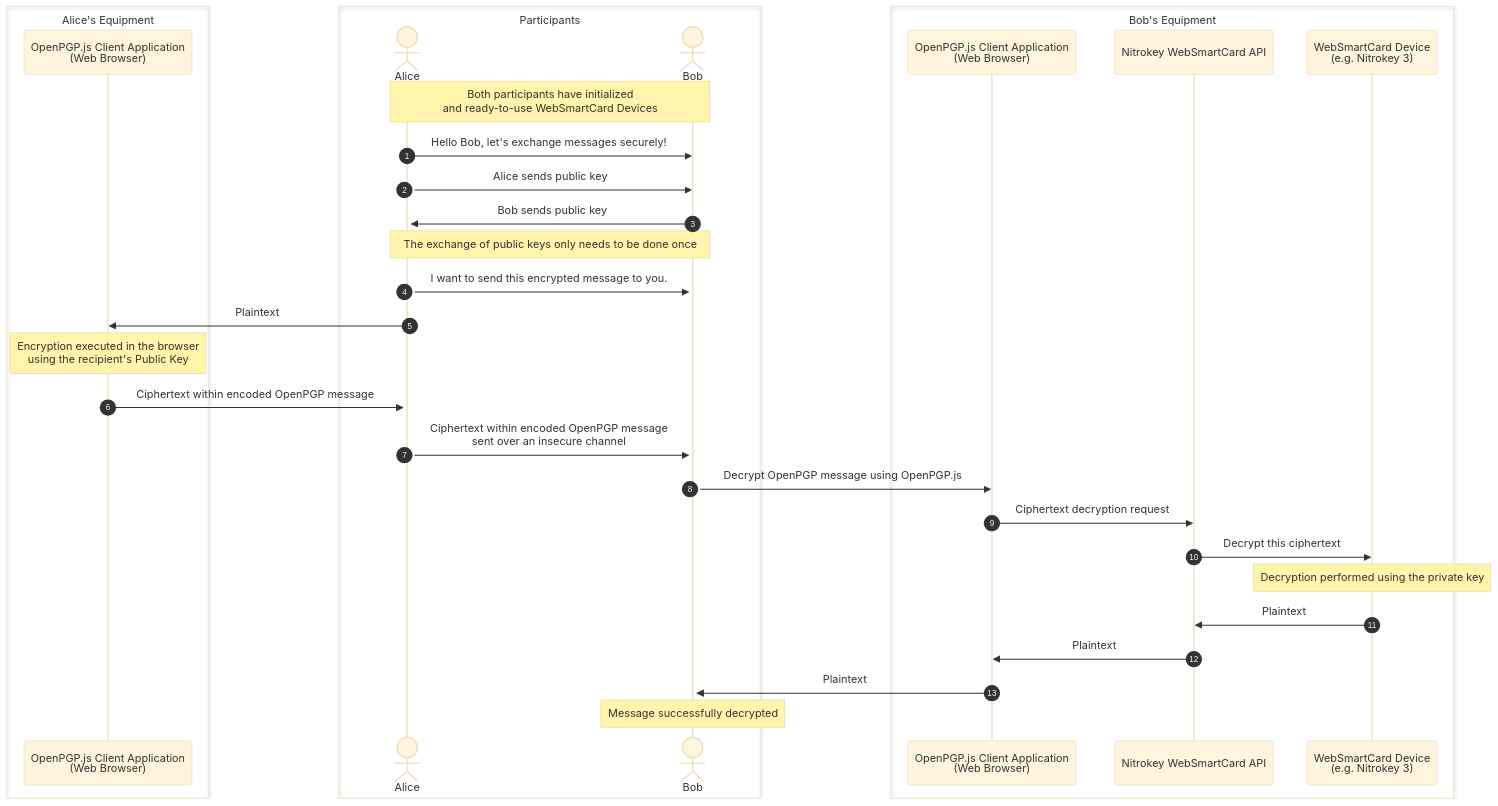
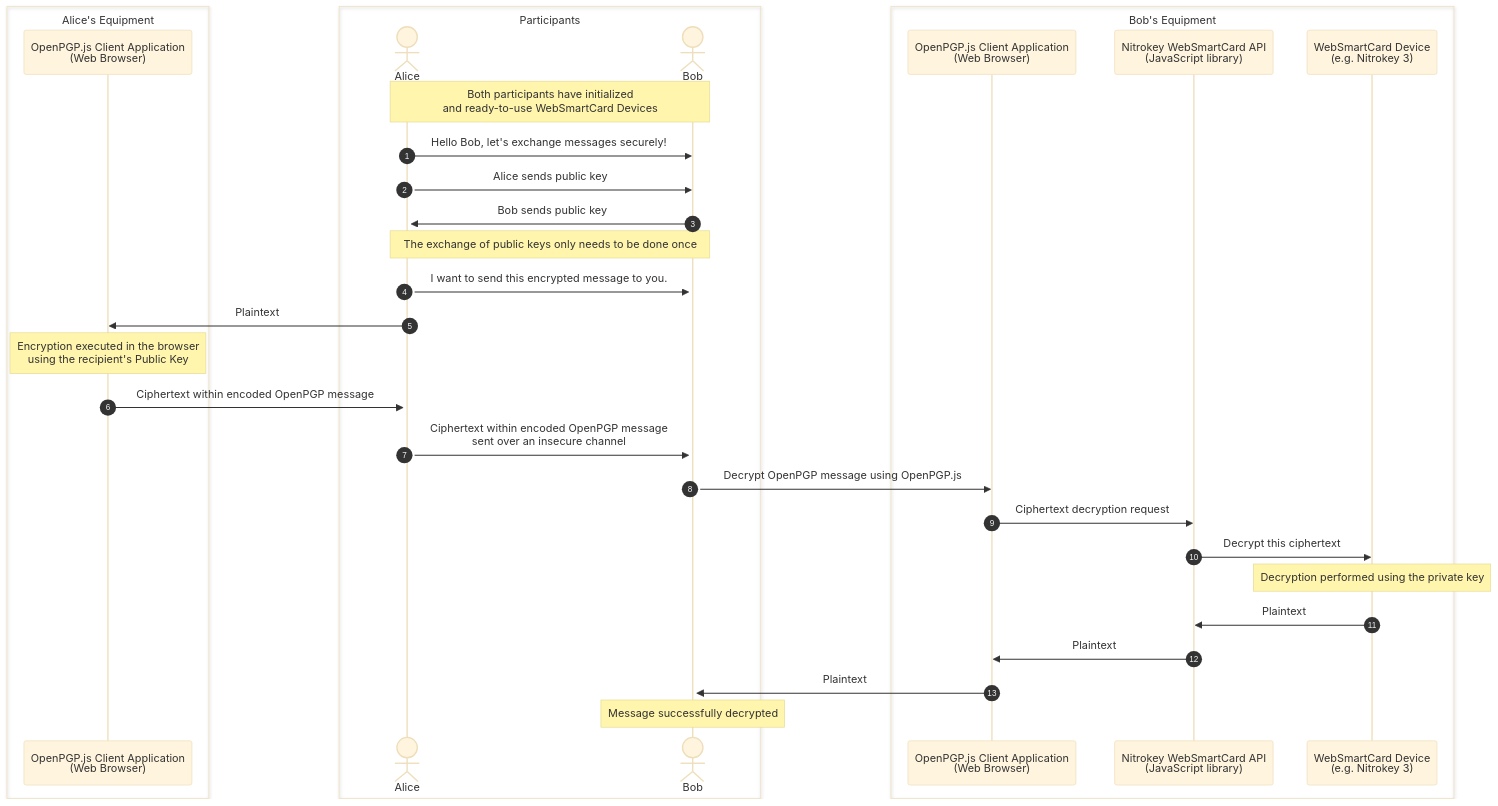
The second of 2 diagrams in README.md (Nitrokey/nitrokey-websmartcard), drawn with Mermaid (base theme) before and after one commit. The commit also changed other lines of this file, not shown here.

First line of the commit message:
Review: enclose in-browser actions in a separate box in the communication channel diagram

````diff
--- a/README.md
+++ b/README.md
@@ -132,43 +137,43 @@
 ```mermaid
 sequenceDiagram
     autonumber
     box Alice's Equipment
         participant ClientAppAlice as OpenPGP.js Client Application <br/> (Web Browser)
     end
     box Participants
         actor Alice
         actor Bob
     end
     box Bob's Equipment
        participant ClientApp as OpenPGP.js Client Application <br/> (Web Browser)
-       participant API as Nitrokey WebSmartCard API
+       participant API as Nitrokey WebSmartCard API <br/> (JavaScript library)
        participant Device as WebSmartCard Device <br/> (e.g. Nitrokey 3)
     end
 
     Note over Bob, Alice: Both participants have initialized <br /> and ready-to-use WebSmartCard Devices
 
     Alice->>Bob: Hello Bob, let's exchange messages securely!
     activate Alice
     Alice->>Bob: Alice sends public key
     Bob->>Alice: Bob sends public key
     activate Bob
 
     Note over Bob, Alice: The exchange of public keys only needs to be done once
 
 
     Alice->>Bob: I want to send this encrypted message to you.
     Alice->>ClientAppAlice: Plaintext
     Note over ClientAppAlice: Encryption executed in the browser <br /> using the recipient's Public Key
     ClientAppAlice->>Alice: Ciphertext within encoded OpenPGP message
     Alice->>Bob: Ciphertext within encoded OpenPGP message <br /> sent over an insecure channel
     Bob->>ClientApp: Decrypt OpenPGP message using OpenPGP.js
     ClientApp->>API: Ciphertext decryption request
     API->>Device: Decrypt this ciphertext
     Note over Device: Decryption performed using the private key
     Device->>API: Plaintext
     API->>ClientApp: Plaintext
     ClientApp->>Bob: Plaintext
 
     Note over Bob: Message successfully decrypted
 
 ```
````
